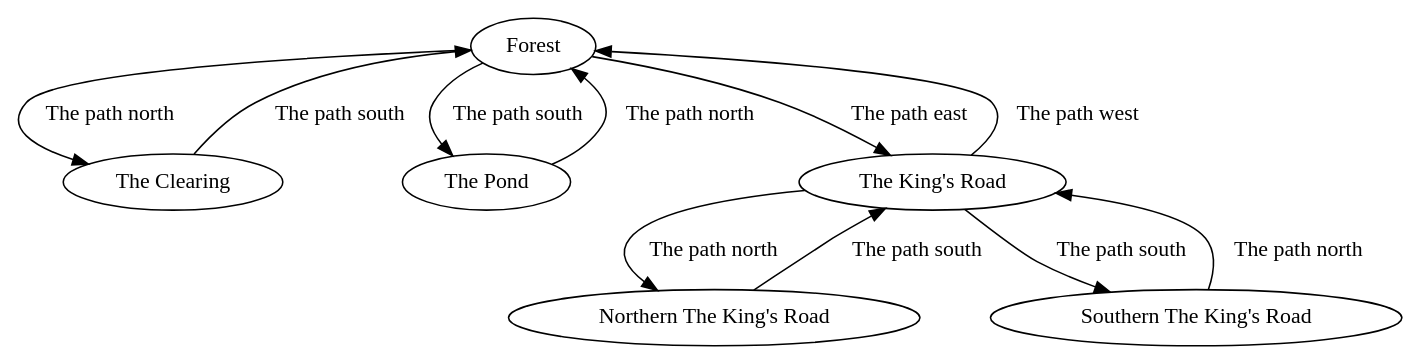
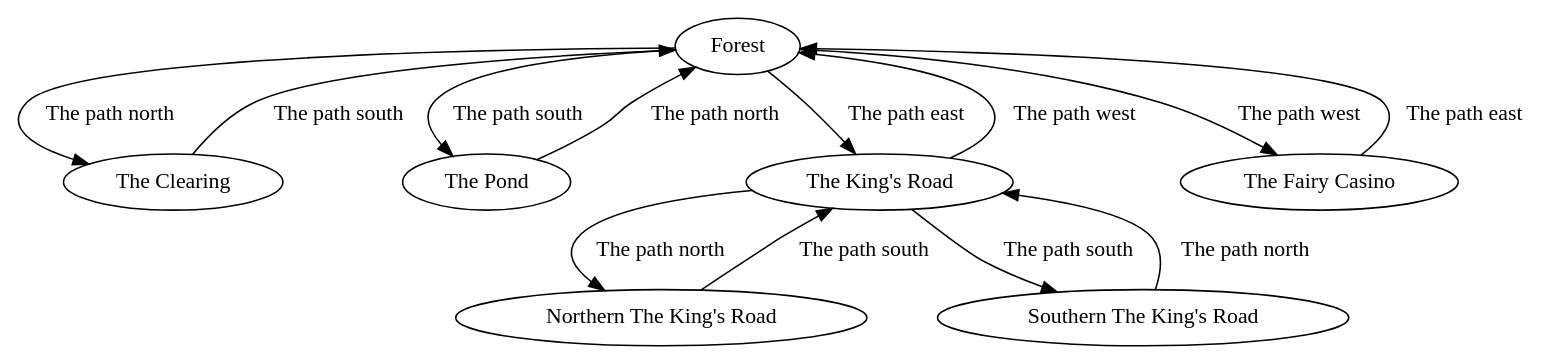
One commit to trayburn/Siege changed the diagram in src/main/resources/map.dot. Above: the diagram before and after it, drawn with Graphviz. The commit also changed 6 other files, not shown here.

```diff
--- a/src/main/resources/map.dot
+++ b/src/main/resources/map.dot
@@ -1,23 +1,27 @@
 digraph map {
     forest [label="Forest", desc=""]
     clearing [label="The Clearing", desc=""]
     pond [label="The Pond", desc=""]
     road [label="The King's Road", desc=""]
     nroad [label="Northern The King's Road"]
     sroad [label="Southern The King's Road"]
+    casino [label="The Fairy Casino"]
 
     forest -> pond [label="The path south", aliases="south,s"]
     pond -> forest [label="The path north", aliases="north,n"]
 
     forest -> clearing [label="The path north", aliases="north,n"]
     clearing -> forest [label="The path south", aliases="south,s"]
 
     forest -> road [label="The path east", aliases="east,e"]
     road -> forest [label="The path west", aliases="west,w"]
 
+    forest -> casino [label="The path west", aliases="west,w"]
+    casino -> forest [label="The path east", aliases="east,e"]
+
     road -> sroad [label="The path south", aliases="south,s"]
     sroad -> road [label="The path north", aliases="north,n"]
 
     road -> nroad [label="The path north", aliases="north,n"]
     nroad -> road [label="The path south", aliases="south,s"]
 }
```
